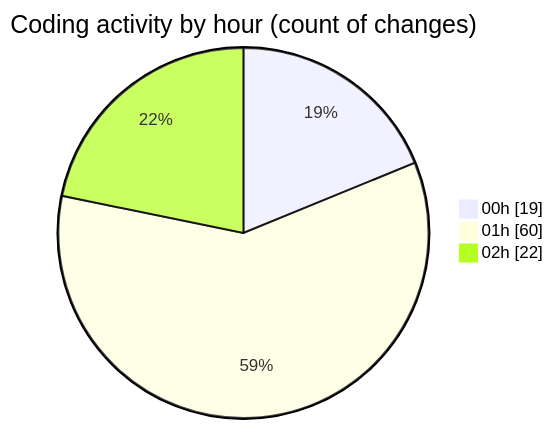
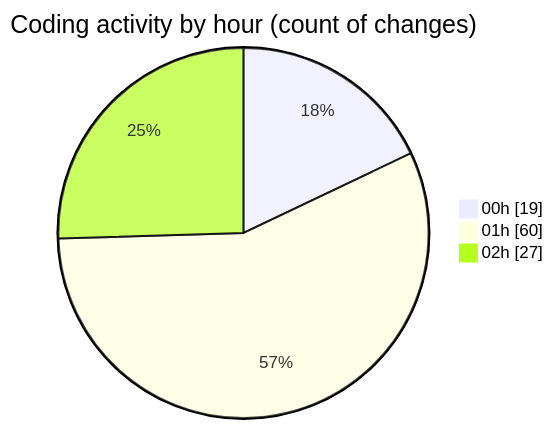
One commit to lephambinh05/code-tracking changed the second of 2 diagrams in 2025-07-25/quanlyrapchieuphim-1/README.md. Above: the diagram before and after it, drawn with Mermaid. The commit also changed other lines of this file and 1 other file, not shown here.

````diff
--- a/2025-07-25/quanlyrapchieuphim-1/README.md
+++ b/2025-07-25/quanlyrapchieuphim-1/README.md
@@ -33,7 +33,7 @@
 ```mermaid
 pie showData
 title Coding activity by hour (count of changes)
 "00h" : 19
 "01h" : 60
-"02h" : 22
+"02h" : 27
 ```
````
